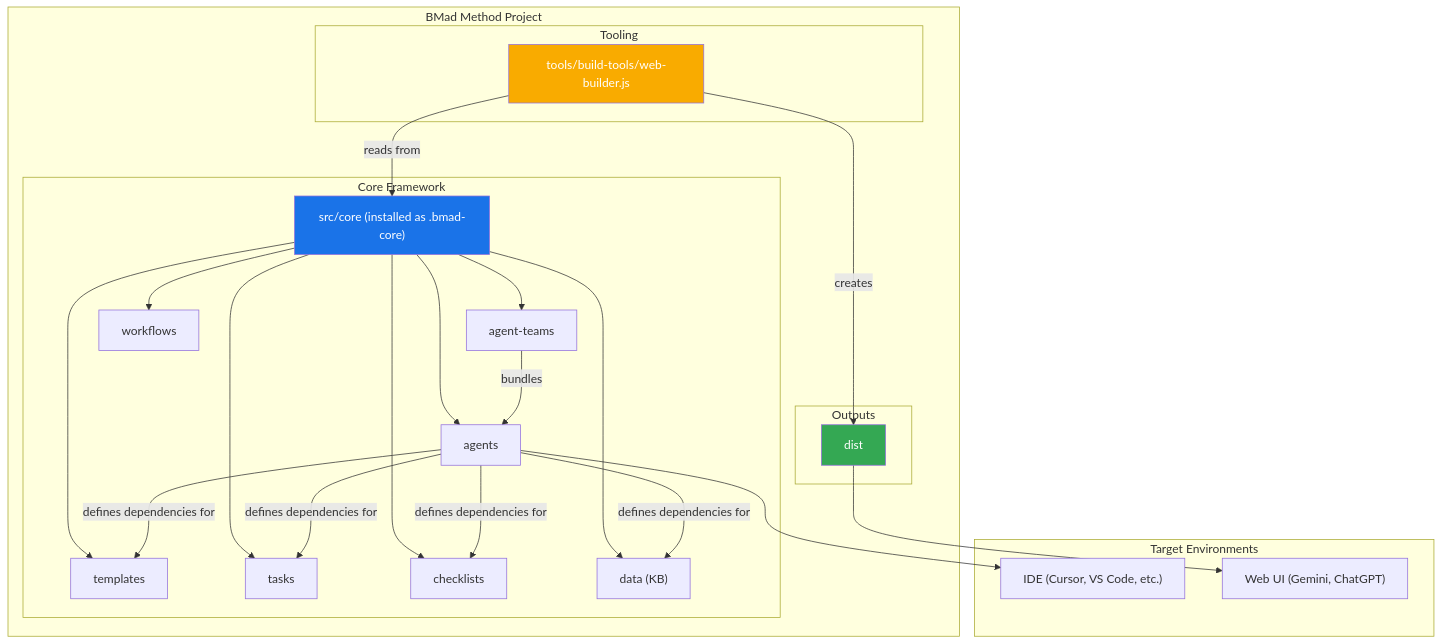
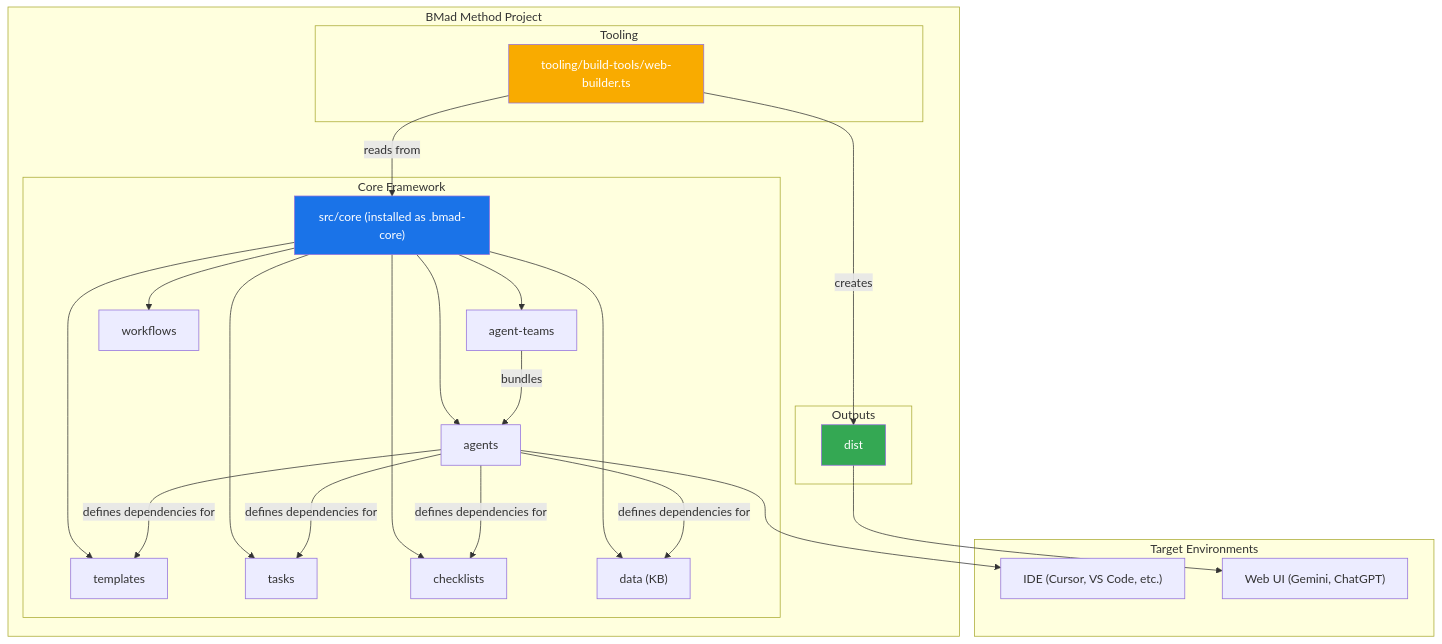
Before and after one commit to manjaroblack/BMAD-METHOD: the first of 3 diagrams in docs/developer/core-architecture.md, drawn with Mermaid. The commit also changed other lines of this file and 146 other files, not shown here.

````diff
--- a/docs/developer/core-architecture.md
+++ b/docs/developer/core-architecture.md
@@ -17,44 +17,44 @@
 ```mermaid
 graph TD
     subgraph BMad Method Project
         subgraph Core Framework
             A["src/core (installed as .bmad-core)"]
             A --> B["agents"]
             A --> C["agent-teams"]
             A --> D["workflows"]
             A --> E["templates"]
             A --> F["tasks"]
             A --> G["checklists"]
             A --> H["data (KB)"]
         end
 
         subgraph Tooling
-            I["tools/build-tools/web-builder.js"]
+            I["tooling/build-tools/web-builder.ts"]
         end
 
         subgraph Outputs
             J["dist"]
         end
 
         B -- defines dependencies for --> E
         B -- defines dependencies for --> F
         B -- defines dependencies for --> G
         B -- defines dependencies for --> H
 
         C -- bundles --> B
         I -- reads from --> A
         I -- creates --> J
     end
 
     subgraph Target Environments
         K["IDE (Cursor, VS Code, etc.)"]
         L["Web UI (Gemini, ChatGPT)"]
     end
 
     B --> K
     J --> L
 
     style A fill:#1a73e8,color:#fff
     style I fill:#f9ab00,color:#fff
     style J fill:#34a853,color:#fff
 ```
````
